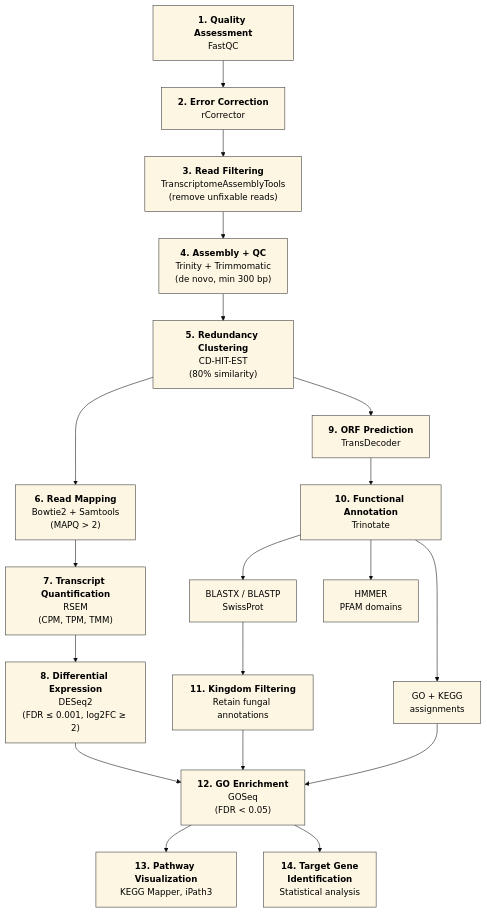
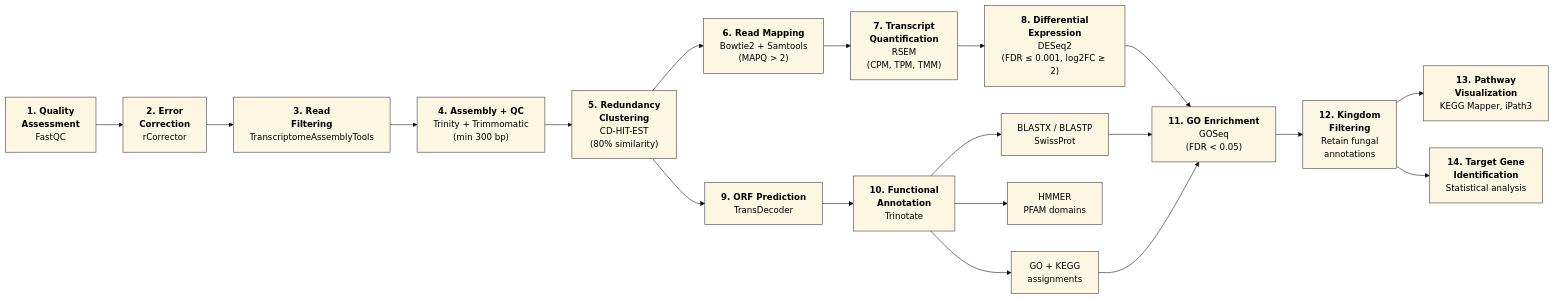
The diagram in README.md (n-bsub/Mold_metatranscriptomics), drawn with Mermaid before and after one commit.

Commit message:
Revise flowchart layout in README
Updated flowchart direction and improved formatting.

````diff
--- a/README.md
+++ b/README.md
@@ -11,44 +11,45 @@
 ```mermaid
 %%{init: {'theme': 'base', 'themeVariables': {'fontFamily': 'Arial'}}}%%
-flowchart TD
-    A["<b>1. Quality Assessment</b><br/>FastQC"] --> B["<b>2. Error Correction</b><br/>rCorrector"]
-    B --> C["<b>3. Read Filtering</b><br/>TranscriptomeAssemblyTools<br/>(remove unfixable reads)"]
-    C --> D["<b>4. Assembly + QC</b><br/>Trinity + Trimmomatic<br/>(de novo, min 300 bp)"]
-    D --> E["<b>5. Redundancy Clustering</b><br/>CD-HIT-EST<br/>(80% similarity)"]
+flowchart LR
+    A["<b>1. Quality<br/>Assessment</b><br/>FastQC"] --> B["<b>2. Error<br/>Correction</b><br/>rCorrector"]
+    B --> C["<b>3. Read<br/>Filtering</b><br/>TranscriptomeAssemblyTools"]
+    C --> D["<b>4. Assembly + QC</b><br/>Trinity + Trimmomatic<br/>(min 300 bp)"]
+    D --> E["<b>5. Redundancy<br/>Clustering</b><br/>CD-HIT-EST<br/>(80% similarity)"]
+
     E --> F["<b>6. Read Mapping</b><br/>Bowtie2 + Samtools<br/>(MAPQ > 2)"]
-    F --> G["<b>7. Transcript Quantification</b><br/>RSEM<br/>(CPM, TPM, TMM)"]
-    G --> H["<b>8. Differential Expression</b><br/>DESeq2<br/>(FDR ≤ 0.001, log2FC ≥ 2)"]
+    E --> I["<b>9. ORF Prediction</b><br/>TransDecoder"]
 
-    E --> I["<b>9. ORF Prediction</b><br/>TransDecoder"]
-    I --> J["<b>10. Functional Annotation</b><br/>Trinotate"]
+    F --> G["<b>7. Transcript<br/>Quantification</b><br/>RSEM<br/>(CPM, TPM, TMM)"]
+    G --> H["<b>8. Differential<br/>Expression</b><br/>DESeq2<br/>(FDR ≤ 0.001, log2FC ≥ 2)"]
+
+    I --> J["<b>10. Functional<br/>Annotation</b><br/>Trinotate"]
     J --> K["BLASTX / BLASTP<br/>SwissProt"]
     J --> L["HMMER<br/>PFAM domains"]
     J --> M["GO + KEGG<br/>assignments"]
 
-    K --> N["<b>11. Kingdom Filtering</b><br/>Retain fungal annotations"]
-
-    H --> O["<b>12. GO Enrichment</b><br/>GOSeq<br/>(FDR < 0.05)"]
-    N --> O
+    H --> O["<b>11. GO Enrichment</b><br/>GOSeq<br/>(FDR < 0.05)"]
+    K --> O
     M --> O
 
-    O --> P["<b>13. Pathway Visualization</b><br/>KEGG Mapper, iPath3"]
-    O --> Q["<b>14. Target Gene<br/>Identification</b><br/>Statistical analysis"]
+    O --> N["<b>12. Kingdom<br/>Filtering</b><br/>Retain fungal<br/>annotations"]
+    N --> P["<b>13. Pathway<br/>Visualization</b><br/>KEGG Mapper, iPath3"]
+    N --> Q["<b>14. Target Gene<br/>Identification</b><br/>Statistical analysis"]
 
     style A fill:#fdf6e3,stroke:#333,color:#000
     style B fill:#fdf6e3,stroke:#333,color:#000
     style C fill:#fdf6e3,stroke:#333,color:#000
     style D fill:#fdf6e3,stroke:#333,color:#000
     style E fill:#fdf6e3,stroke:#333,color:#000
     style F fill:#fdf6e3,stroke:#333,color:#000
     style G fill:#fdf6e3,stroke:#333,color:#000
     style H fill:#fdf6e3,stroke:#333,color:#000
     style I fill:#fdf6e3,stroke:#333,color:#000
     style J fill:#fdf6e3,stroke:#333,color:#000
     style K fill:#fdf6e3,stroke:#333,color:#000
     style L fill:#fdf6e3,stroke:#333,color:#000
     style M fill:#fdf6e3,stroke:#333,color:#000
     style N fill:#fdf6e3,stroke:#333,color:#000
     style O fill:#fdf6e3,stroke:#333,color:#000
     style P fill:#fdf6e3,stroke:#333,color:#000
     style Q fill:#fdf6e3,stroke:#333,color:#000
 ```
````
